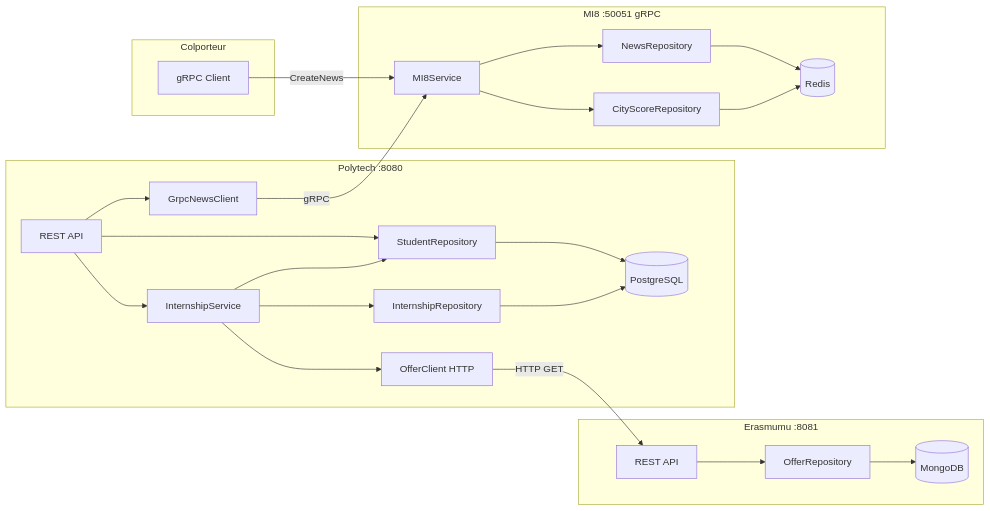
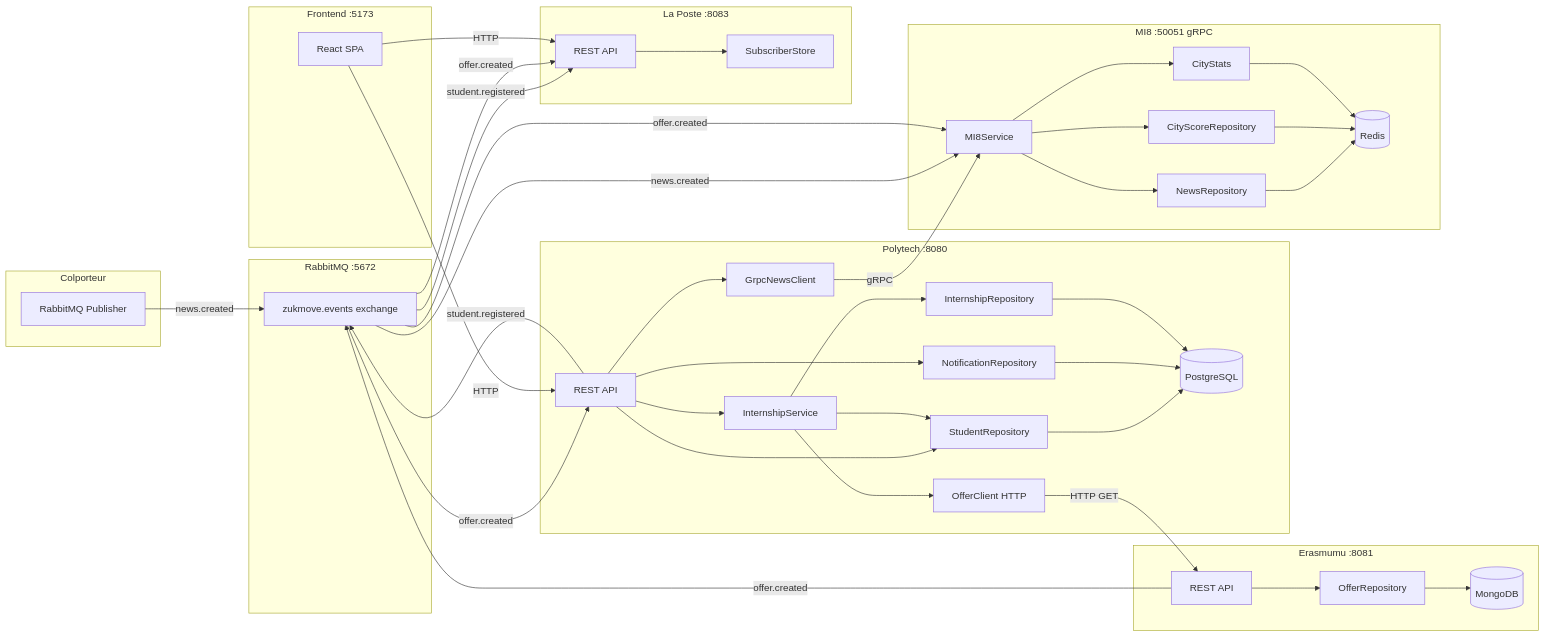
The diagram in README.md (jorisvilardell/zukmove), drawn with Mermaid before and after one commit. The commit also changed other lines of this file and 29 other files, not shown here.

````diff
--- a/README.md
+++ b/README.md
@@ -5,28 +5,51 @@
 ```mermaid
 graph LR
+    subgraph RabbitMQ["RabbitMQ :5672"]
+        MQ["zukmove.events exchange"]
+    end
     subgraph Polytech["Polytech :8080"]
         A["REST API"] --> B["InternshipService"]
         A --> C["StudentRepository"]
+        A --> NR["NotificationRepository"]
         C --> D[("PostgreSQL")]
+        NR --> D
         B --> C
         B --> E["OfferClient HTTP"]
         B --> F["InternshipRepository"]
         F --> D
         A --> G["GrpcNewsClient"]
     end
     subgraph Erasmumu["Erasmumu :8081"]
         H["REST API"] --> I["OfferRepository"]
         I --> J[("MongoDB")]
     end
     subgraph MI8["MI8 :50051 gRPC"]
         K["MI8Service"] --> L["NewsRepository"]
         K --> M["CityScoreRepository"]
+        K --> CS["CityStats"]
         L --> N[("Redis")]
         M --> N
+        CS --> N
+    end
+    subgraph LaPoste["La Poste :8083"]
+        LP["REST API"] --> LS["SubscriberStore"]
     end
     subgraph Colporteur
-        O["gRPC Client"] -->|"CreateNews"| K
+        O["RabbitMQ Publisher"]
     end
+    subgraph Frontend["Frontend :5173"]
+        FE["React SPA"]
+    end
+    O -->|"news.created"| MQ
+    MQ -->|"news.created"| K
+    A -->|"student.registered"| MQ
+    MQ -->|"student.registered"| LP
+    H -->|"offer.created"| MQ
+    MQ -->|"offer.created"| A
+    MQ -->|"offer.created"| K
+    MQ -->|"offer.created"| LP
     E -->|"HTTP GET"| H
     G -->|"gRPC"| K
+    FE -->|"HTTP"| A
+    FE -->|"HTTP"| LP
 ```
````
